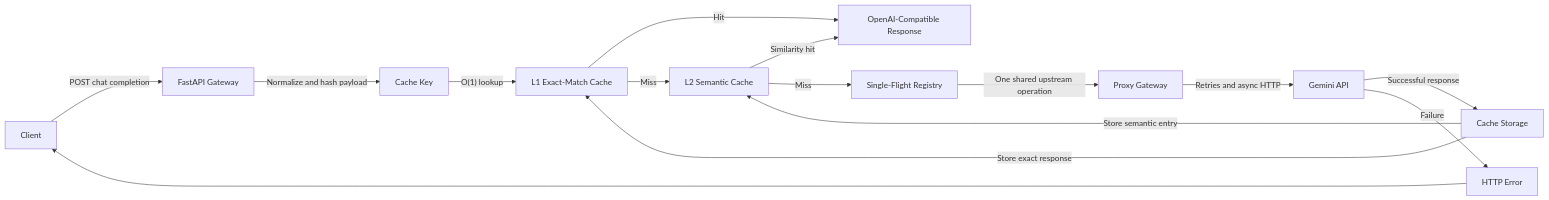
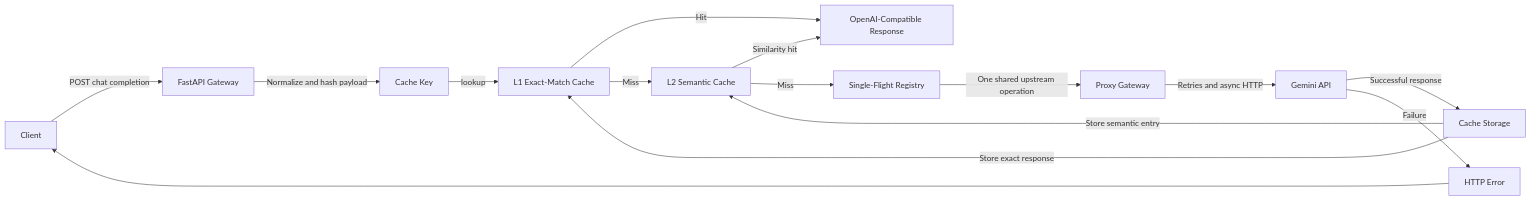
Before and after one commit to Prerna2024-cyber/prospect-ai: the diagram in README.md, drawn with Mermaid.

Commit message:
Update flowchart labels for clarity

````diff
--- a/README.md
+++ b/README.md
@@ -30,22 +30,22 @@
 ```mermaid
 flowchart LR
     C["Client"] -->|"POST chat completion"| G["FastAPI Gateway"]
     G -->|"Normalize and hash payload"| K["Cache Key"]
 
-    K -->|"O(1) lookup"| L1["L1 Exact-Match Cache"]
+    K -->|lookup| L1["L1 Exact-Match Cache"]
     L1 -->|"Hit"| R["OpenAI-Compatible Response"]
     L1 -->|"Miss"| L2["L2 Semantic Cache"]
 
     L2 -->|"Similarity hit"| R
     L2 -->|"Miss"| SF["Single-Flight Registry"]
 
     SF -->|"One shared upstream operation"| P["Proxy Gateway"]
     P -->|"Retries and async HTTP"| U["Gemini API"]
 
     U -->|"Successful response"| S["Cache Storage"]
     S -->|"Store exact response"| L1
     S -->|"Store semantic entry"| L2
 
     U -->|"Failure"| E["HTTP Error"]
     E --> C
 ```
````
